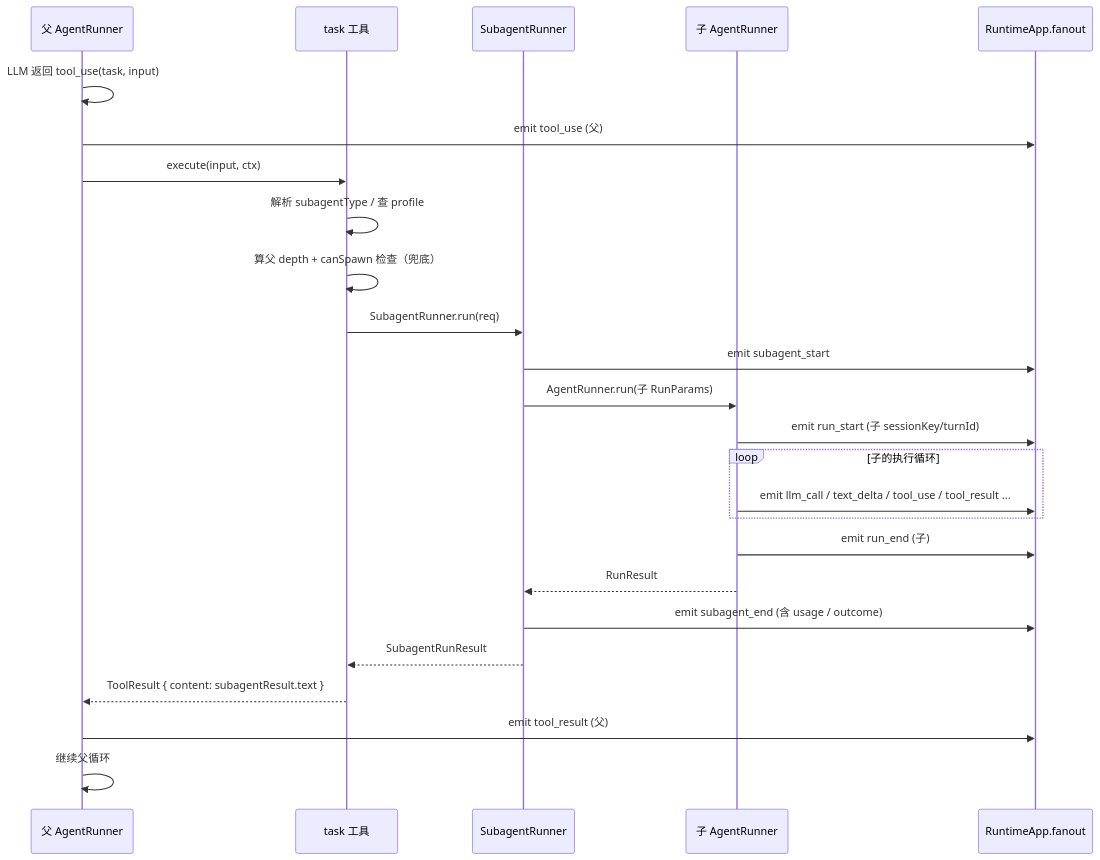
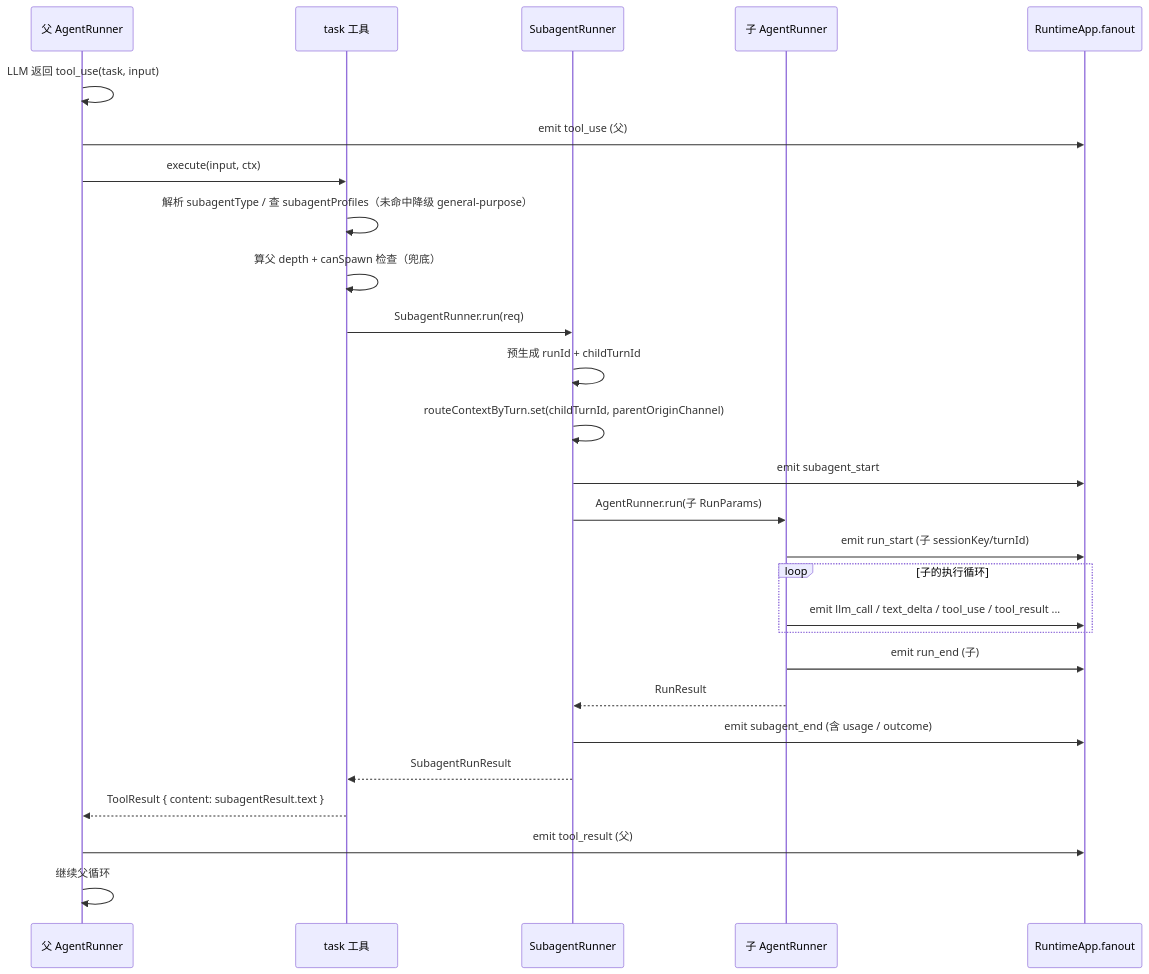
Before and after one commit to luciferwww/my-agent: the third of 4 diagrams in docs/architecture/core-subagent-spec.md, drawn with Mermaid. The commit also changed other lines of this file and 22 other files, not shown here.

````diff
--- a/docs/architecture/core-subagent-spec.md
+++ b/docs/architecture/core-subagent-spec.md
@@ -579,30 +835,32 @@
 ```mermaid
 sequenceDiagram
     participant Father as 父 AgentRunner
     participant TaskTool as task 工具
     participant SubR as SubagentRunner
     participant Child as 子 AgentRunner
     participant Fanout as RuntimeApp.fanout
 
     Father->>Father: LLM 返回 tool_use(task, input)
     Father->>Fanout: emit tool_use (父)
     Father->>TaskTool: execute(input, ctx)
-    TaskTool->>TaskTool: 解析 subagentType / 查 profile
+    TaskTool->>TaskTool: 解析 subagentType / 查 subagentProfiles（未命中降级 general-purpose）
     TaskTool->>TaskTool: 算父 depth + canSpawn 检查（兜底）
     TaskTool->>SubR: SubagentRunner.run(req)
 
+    SubR->>SubR: 预生成 runId + childTurnId
+    SubR->>SubR: routeContextByTurn.set(childTurnId, parentOriginChannel)
     SubR->>Fanout: emit subagent_start
     SubR->>Child: AgentRunner.run(子 RunParams)
     Child->>Fanout: emit run_start (子 sessionKey/turnId)
     loop 子的执行循环
         Child->>Fanout: emit llm_call / text_delta / tool_use / tool_result ...
     end
     Child->>Fanout: emit run_end (子)
     Child-->>SubR: RunResult
     SubR->>Fanout: emit subagent_end (含 usage / outcome)
     SubR-->>TaskTool: SubagentRunResult
 
     TaskTool-->>Father: ToolResult { content: subagentResult.text }
     Father->>Fanout: emit tool_result (父)
     Father->>Father: 继续父循环
 ```
````
